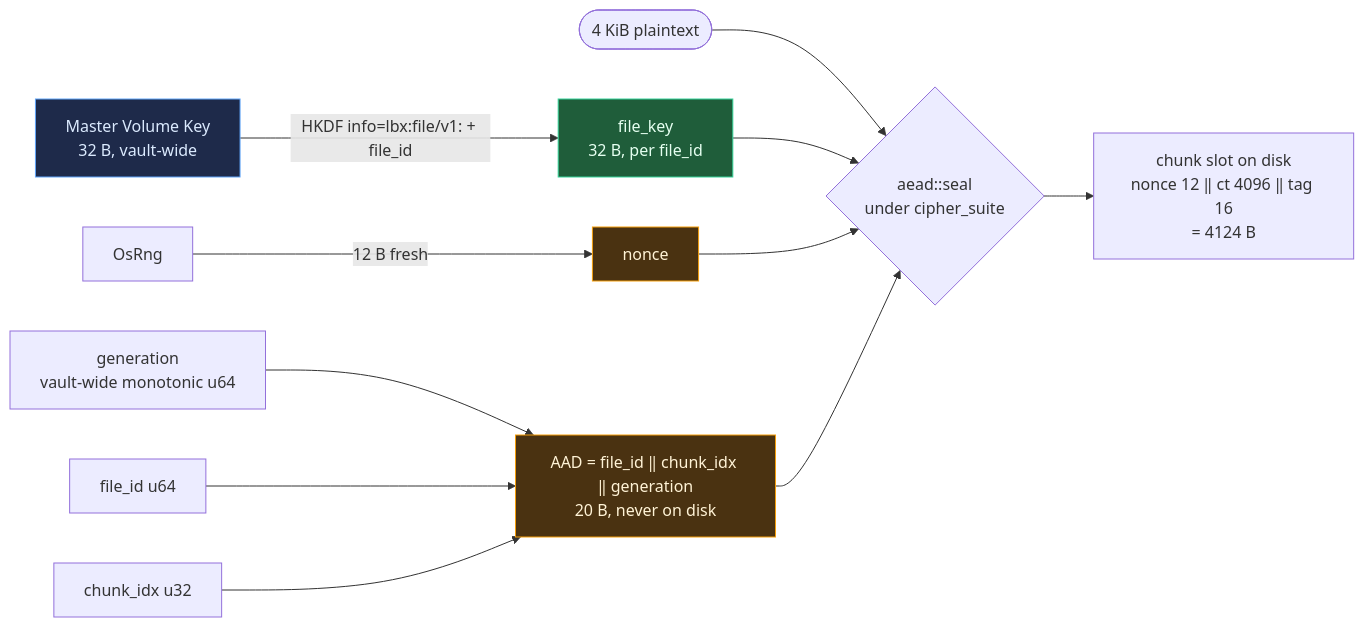
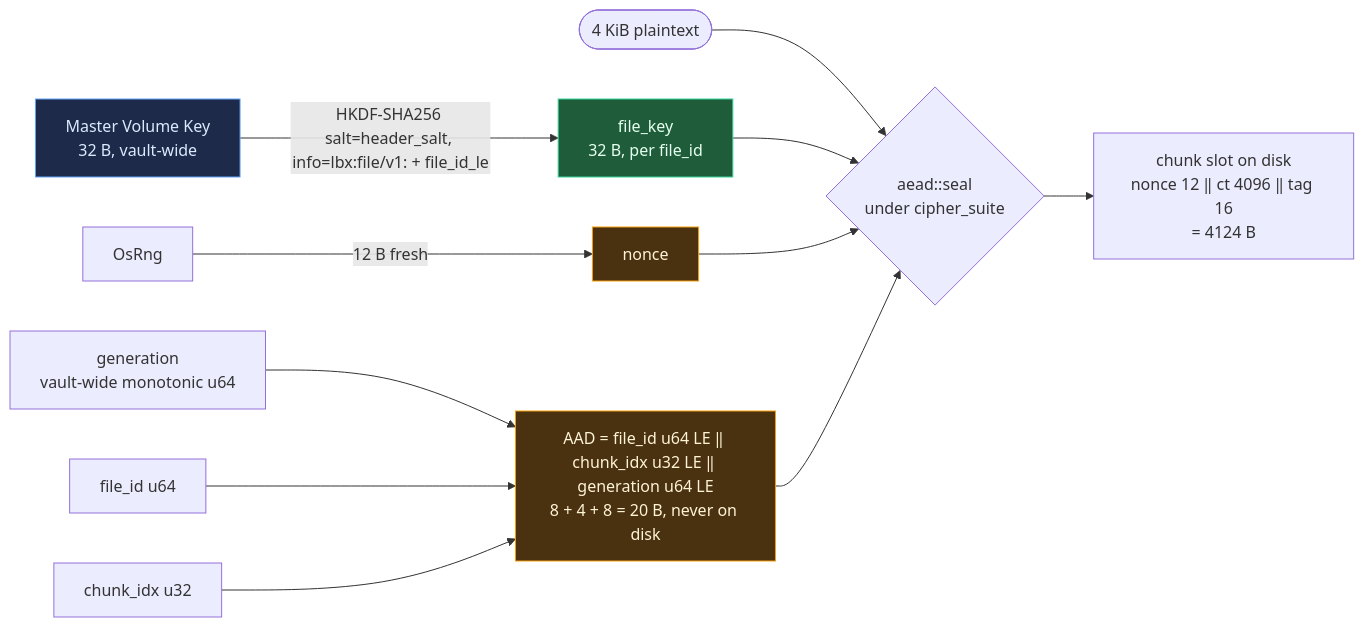
The fourth of 15 diagrams in docs/CRYPTO_SPEC.md (PentHertz/LUKSbox), drawn with Mermaid before and after one commit. The commit also changed other lines of this file and 68 other files, not shown here.

````diff
--- a/docs/CRYPTO_SPEC.md
+++ b/docs/CRYPTO_SPEC.md
@@ -759,22 +927,22 @@
 ```mermaid
 flowchart LR
     classDef per_vault fill:#1e2a4a,stroke:#60a5fa,color:#dbeafe;
     classDef per_file fill:#1f5d3a,stroke:#34d399,color:#e5fff0;
     classDef per_chunk fill:#4a3211,stroke:#f59e0b,color:#fff3d6;
 
     MVK[Master Volume Key<br>32 B, vault-wide]:::per_vault
-    MVK -->|HKDF info=lbx:file/v1: + file_id| FK[file_key<br>32 B, per file_id]:::per_file
+    MVK -->|HKDF-SHA256 salt=header_salt, info=lbx:file/v1: + file_id_le| FK[file_key<br>32 B, per file_id]:::per_file
 
     Plain([4 KiB plaintext])
     OSRNG[OsRng] -->|12 B fresh| Nonce[nonce]:::per_chunk
     Gen[generation<br>vault-wide monotonic u64] --> AAD
     FID[file_id u64] --> AAD
     Idx[chunk_idx u32] --> AAD
-    AAD["AAD = file_id ‖ chunk_idx ‖ generation<br>20 B, never on disk"]:::per_chunk
+    AAD["AAD = file_id u64 LE ‖ chunk_idx u32 LE ‖ generation u64 LE<br>8 + 4 + 8 = 20 B, never on disk"]:::per_chunk
 
     Plain --> Seal{aead::seal<br>under cipher_suite}
     FK --> Seal
     Nonce --> Seal
     AAD --> Seal
     Seal --> Slot["chunk slot on disk<br>nonce 12 ‖ ct 4096 ‖ tag 16<br>= 4124 B"]
 ```
````
